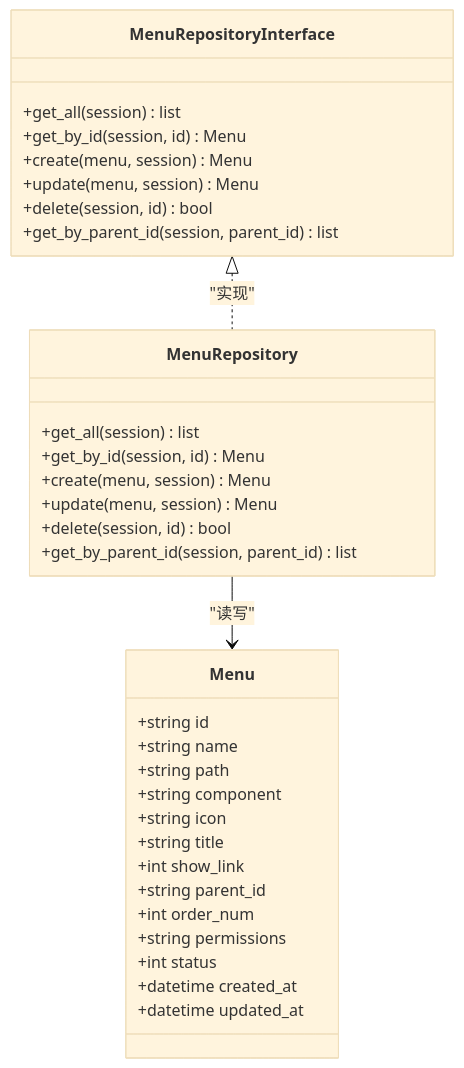
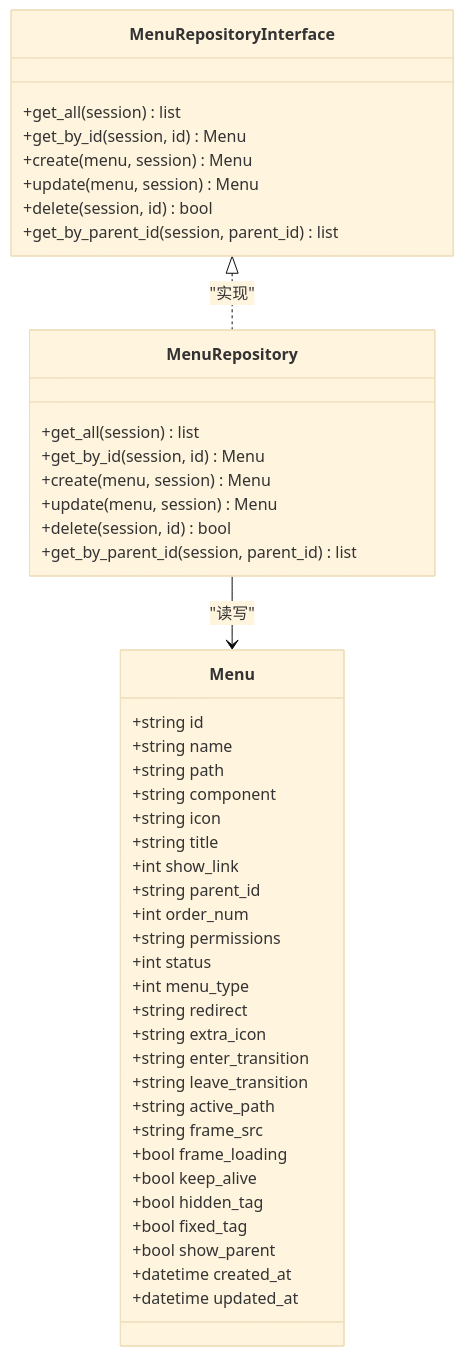
The third of 10 diagrams in .qoder/repowiki/zh/content/项目概述/核心特性/动态菜单生成.md (taoweidong/Hello-FastApi), drawn with Mermaid (base theme) before and after one commit. The commit also changed other lines of this file and 11 other files, not shown here.

````diff
--- a/.qoder/repowiki/zh/content/项目概述/核心特性/动态菜单生成.md
+++ b/.qoder/repowiki/zh/content/项目概述/核心特性/动态菜单生成.md
@@ -148,36 +171,48 @@
 ```mermaid
 classDiagram
 class Menu {
 +string id
 +string name
 +string path
 +string component
 +string icon
 +string title
 +int show_link
 +string parent_id
 +int order_num
 +string permissions
 +int status
++int menu_type
++string redirect
++string extra_icon
++string enter_transition
++string leave_transition
++string active_path
++string frame_src
++bool frame_loading
++bool keep_alive
++bool hidden_tag
++bool fixed_tag
++bool show_parent
 +datetime created_at
 +datetime updated_at
 }
 class MenuRepositoryInterface {
 +get_all(session) list
 +get_by_id(session, id) Menu
 +create(menu, session) Menu
 +update(menu, session) Menu
 +delete(session, id) bool
 +get_by_parent_id(session, parent_id) list
 }
 class MenuRepository {
 +get_all(session) list
 +get_by_id(session, id) Menu
 +create(menu, session) Menu
 +update(menu, session) Menu
 +delete(session, id) bool
 +get_by_parent_id(session, parent_id) list
 }
 MenuRepositoryInterface <|.. MenuRepository : "实现"
 MenuRepository --> Menu : "读写"
 ```
````
